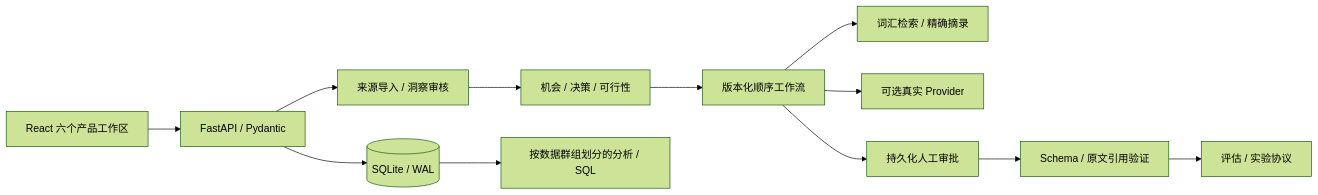
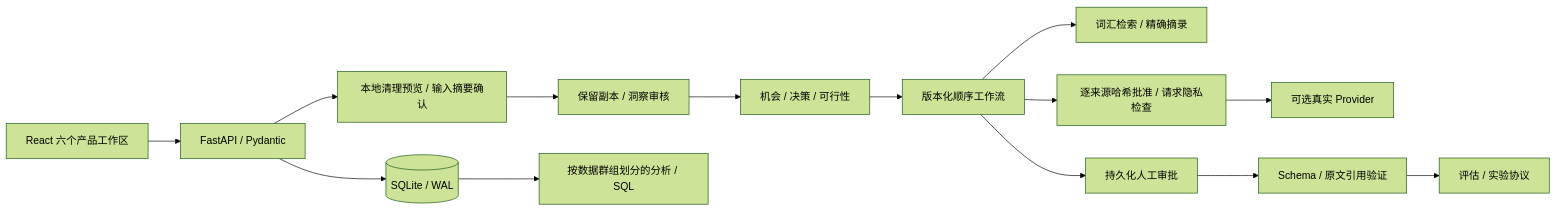
The diagram in docs/interview-dossier.md (QiQiyzhu/designlens-ai), drawn with Mermaid (forest theme) before and after one commit. The commit also changed other lines of this file and 26 other files, not shown here.

````diff
--- a/docs/interview-dossier.md
+++ b/docs/interview-dossier.md
@@ -9,14 +9,16 @@
 ```mermaid
 flowchart LR
   UI[React 六个产品工作区] --> API[FastAPI / Pydantic]
-  API --> R[来源导入 / 洞察审核]
+  API --> P[本地清理预览 / 输入摘要确认]
+  P --> R[保留副本 / 洞察审核]
   R --> O[机会 / 决策 / 可行性]
   O --> W[版本化顺序工作流]
   W --> X[词汇检索 / 精确摘录]
-  W --> L[可选真实 Provider]
+  W --> G[逐来源哈希批准 / 请求隐私检查]
+  G --> L[可选真实 Provider]
   W --> H[持久化人工审批]
   H --> V[Schema / 原文引用验证]
   API --> DB[(SQLite / WAL)]
   DB --> A[按数据群组划分的分析 / SQL]
   V --> E[评估 / 实验协议]
 ```
````
